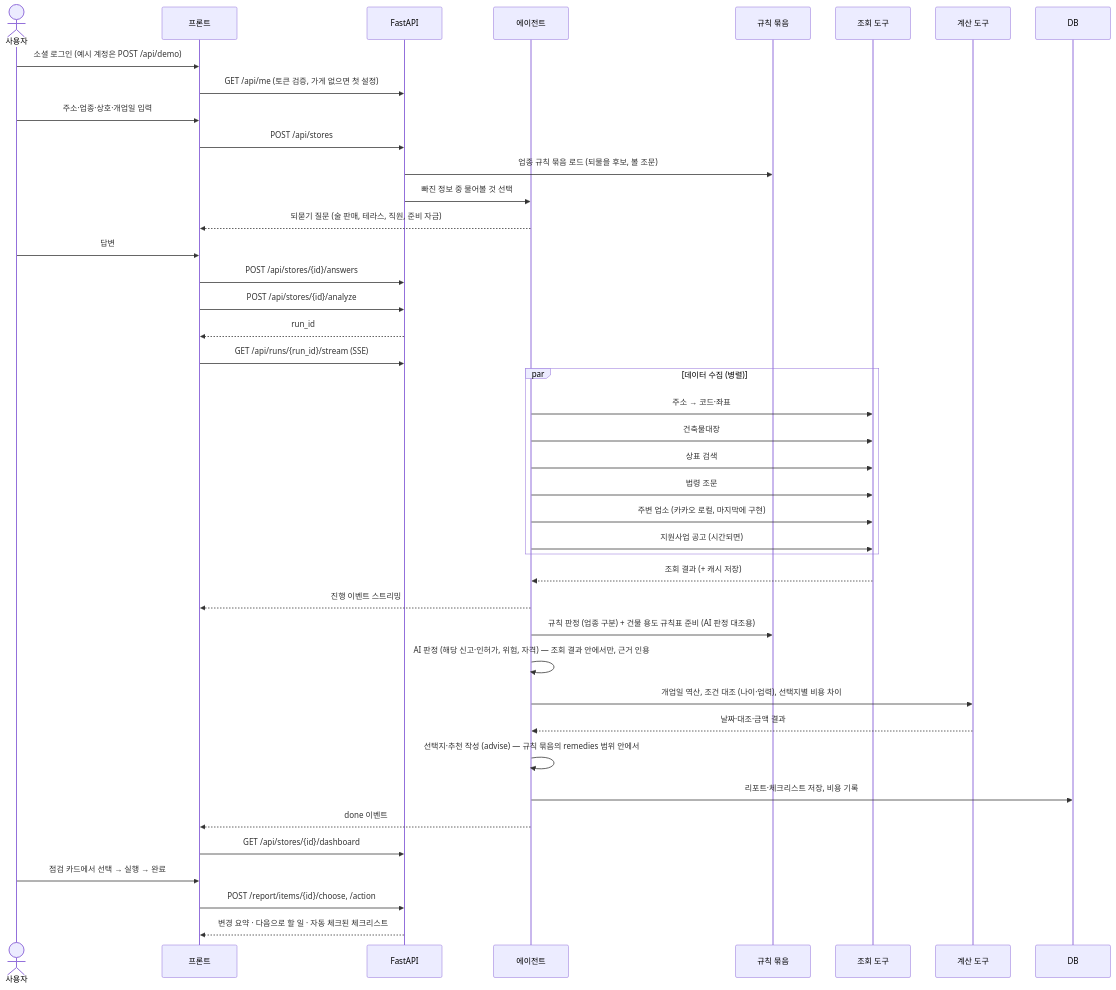
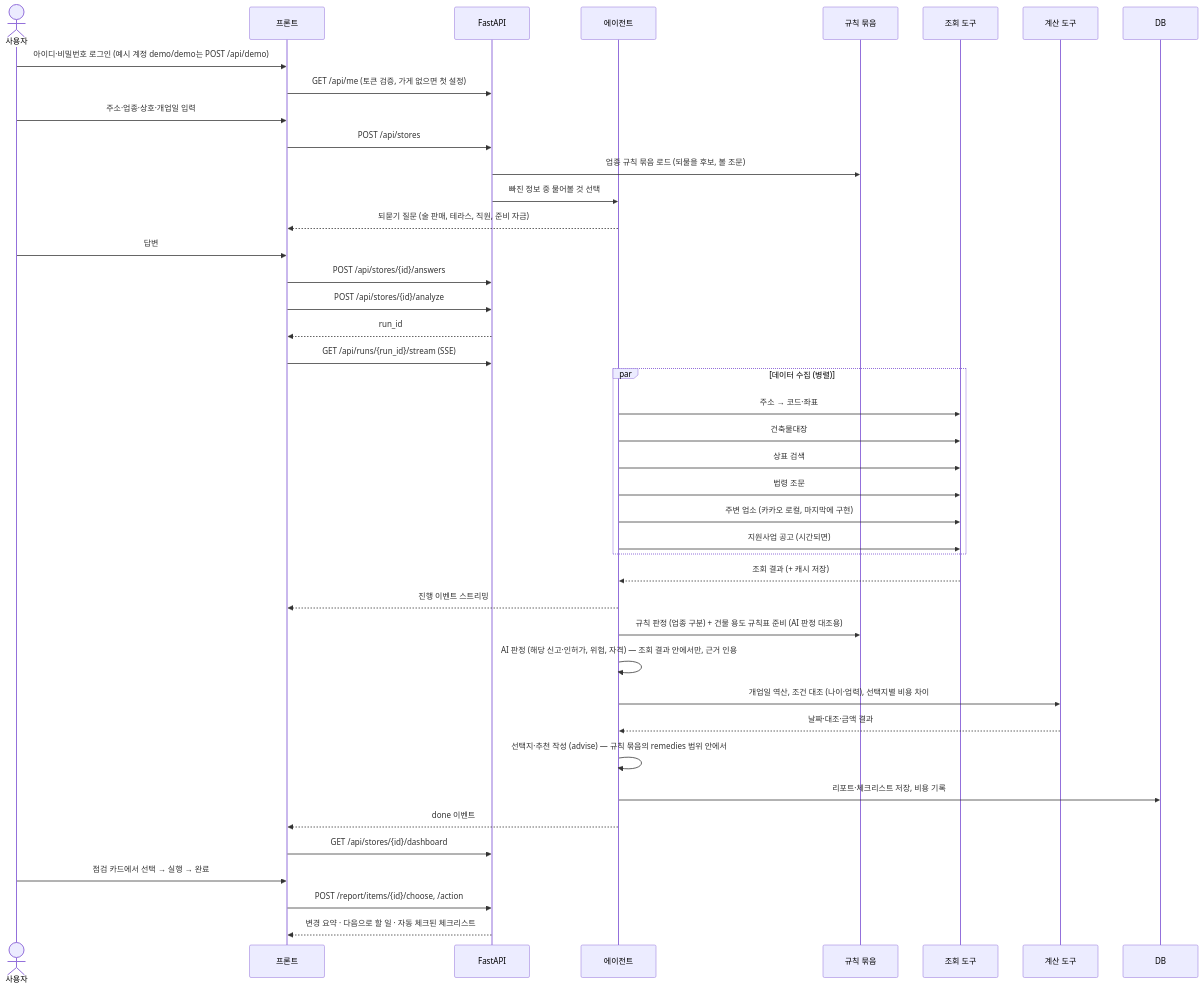
The second of 4 diagrams in docs/아키텍처_인프라.md (kimtaeg/Foundy), drawn with Mermaid before and after one commit. The commit also changed other lines of this file and 5 other files, not shown here.

First line of the commit message:
docs: 로그인 문서를 아이디·비밀번호 화면 기준으로 정리하고 서류함·폴더 구조 최신화

````diff
--- a/docs/아키텍처_인프라.md
+++ b/docs/아키텍처_인프라.md
@@ -118,45 +118,45 @@
 ```mermaid
 sequenceDiagram
     actor U as 사용자
     participant FE as 프론트
     participant API as FastAPI
     participant AG as 에이전트
     participant RP as 규칙 묶음
     participant T as 조회 도구
     participant C as 계산 도구
     participant DB as DB
 
-    U->>FE: 소셜 로그인 (예시 계정은 POST /api/demo)
+    U->>FE: 아이디·비밀번호 로그인 (예시 계정 demo/demo는 POST /api/demo)
     FE->>API: GET /api/me (토큰 검증, 가게 없으면 첫 설정)
     U->>FE: 주소·업종·상호·개업일 입력
     FE->>API: POST /api/stores
     API->>RP: 업종 규칙 묶음 로드 (되물을 후보, 볼 조문)
     API->>AG: 빠진 정보 중 물어볼 것 선택
     AG-->>FE: 되묻기 질문 (술 판매, 테라스, 직원, 준비 자금)
     U->>FE: 답변
     FE->>API: POST /api/stores/{id}/answers
     FE->>API: POST /api/stores/{id}/analyze
     API-->>FE: run_id
     FE->>API: GET /api/runs/{run_id}/stream (SSE)
     par 데이터 수집 (병렬)
         AG->>T: 주소 → 코드·좌표
         AG->>T: 건축물대장
         AG->>T: 상표 검색
         AG->>T: 법령 조문
         AG->>T: 주변 업소 (카카오 로컬, 마지막에 구현)
     AG->>T: 지원사업 공고 (시간되면)
     end
     T-->>AG: 조회 결과 (+ 캐시 저장)
     AG-->>FE: 진행 이벤트 스트리밍
     AG->>RP: 규칙 판정 (업종 구분) + 건물 용도 규칙표 준비 (AI 판정 대조용)
     AG->>AG: AI 판정 (해당 신고·인허가, 위험, 자격) — 조회 결과 안에서만, 근거 인용
     AG->>C: 개업일 역산, 조건 대조 (나이·업력), 선택지별 비용 차이
     C-->>AG: 날짜·대조·금액 결과
     AG->>AG: 선택지·추천 작성 (advise) — 규칙 묶음의 remedies 범위 안에서
     AG->>DB: 리포트·체크리스트 저장, 비용 기록
     AG-->>FE: done 이벤트
     FE->>API: GET /api/stores/{id}/dashboard
     U->>FE: 점검 카드에서 선택 → 실행 → 완료
     FE->>API: POST /report/items/{id}/choose, /action
     API-->>FE: 변경 요약 · 다음으로 할 일 · 자동 체크된 체크리스트
 ```
````
